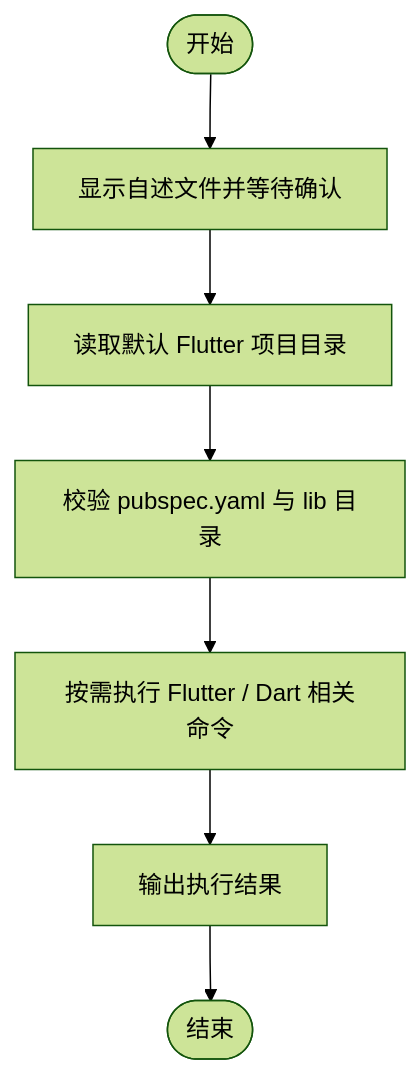
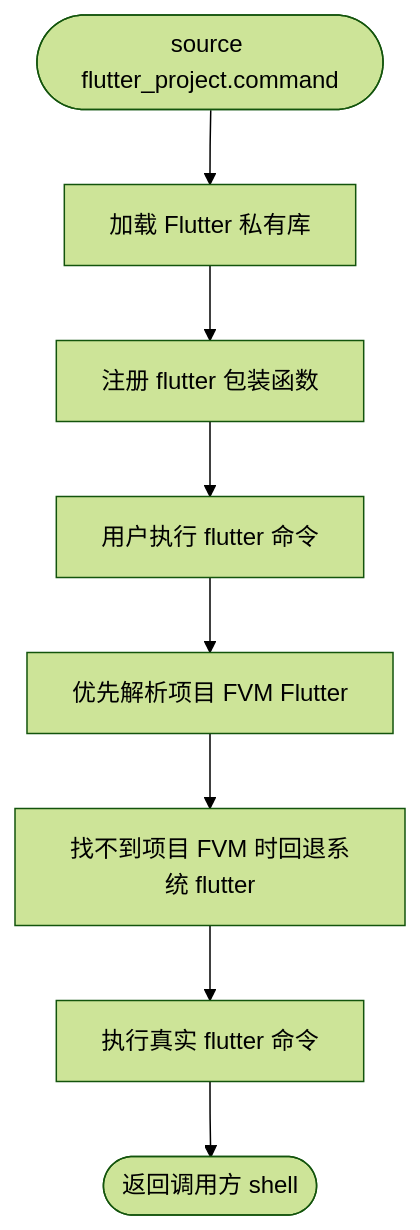
The diagram in scripts/flutter_project.command/README.md (JobsKits/JobsMacEnvVarConfig), drawn with Mermaid (forest theme) before and after one commit. The commit also changed other lines of this file and 35 other files, not shown here.

````diff
--- a/scripts/flutter_project.command/README.md
+++ b/scripts/flutter_project.command/README.md
@@ -40,9 +29,18 @@
 ```mermaid
-graph TD
-    A([开始]) --> B[显示自述文件并等待确认]
-    B --> C[读取默认 Flutter 项目目录]
-    C --> D[校验 pubspec.yaml 与 lib 目录]
-    D --> E[按需执行 Flutter / Dart 相关命令]
-    E --> F[输出执行结果]
-    F --> Z([结束])
+flowchart TD
+    A([source flutter_project.command])
+    B[加载 Flutter 私有库]
+    A --> B
+    C[注册 flutter 包装函数]
+    B --> C
+    D[用户执行 flutter 命令]
+    C --> D
+    E[优先解析项目 FVM Flutter]
+    D --> E
+    F[找不到项目 FVM 时回退系统 flutter]
+    E --> F
+    G[执行真实 flutter 命令]
+    F --> G
+    H([返回调用方 shell])
+    G --> H
 ```
````
